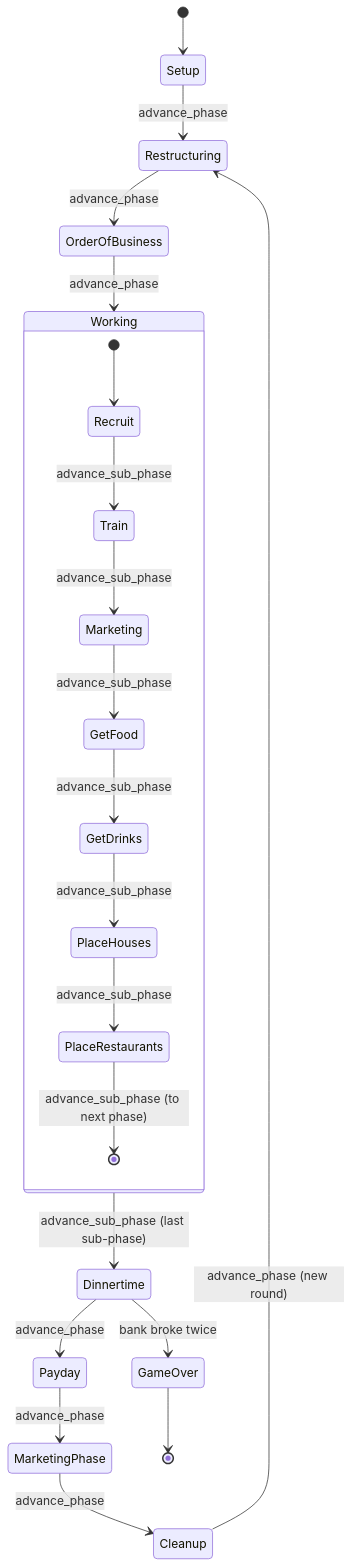
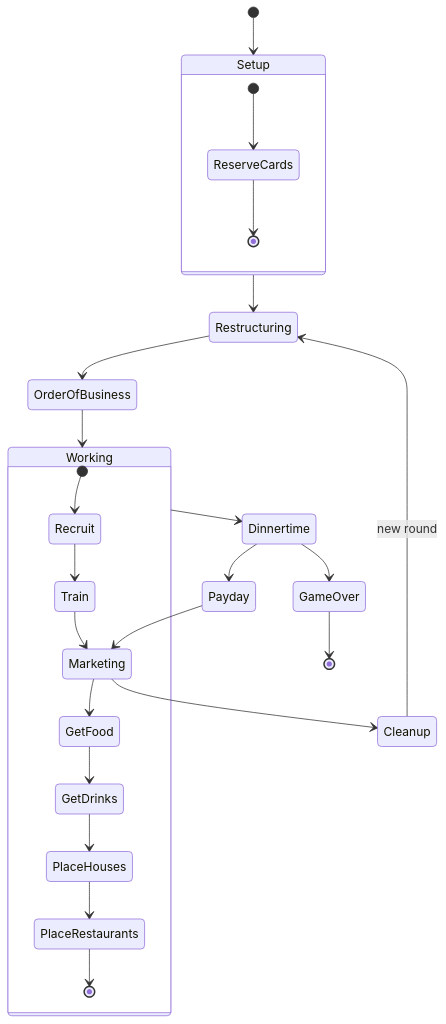
One commit to ygowill/food_chain_magnate changed the second of 2 diagrams in docs/architecture/00-system-overview.md. Above: the diagram before and after it, drawn with Mermaid. The commit also changed other lines of this file and 25 other files, not shown here.

Commit message:
docs(architecture): refresh docs to match current code

````diff
--- a/docs/architecture/00-system-overview.md
+++ b/docs/architecture/00-system-overview.md
@@ -215,27 +92,30 @@
 ```mermaid
 stateDiagram-v2
   [*] --> Setup
-  Setup --> Restructuring : advance_phase
-  Restructuring --> OrderOfBusiness : advance_phase
+  state Setup {
+    [*] --> ReserveCards
+    ReserveCards --> [*]
+  }
+  Setup --> Restructuring
+  Restructuring --> OrderOfBusiness
 
   state Working {
     [*] --> Recruit
-    Recruit --> Train : advance_sub_phase
-    Train --> Marketing : advance_sub_phase
-    Marketing --> GetFood : advance_sub_phase
-    GetFood --> GetDrinks : advance_sub_phase
-    GetDrinks --> PlaceHouses : advance_sub_phase
-    PlaceHouses --> PlaceRestaurants : advance_sub_phase
-    PlaceRestaurants --> [*] : advance_sub_phase (to next phase)
+    Recruit --> Train
+    Train --> Marketing
+    Marketing --> GetFood
+    GetFood --> GetDrinks
+    GetDrinks --> PlaceHouses
+    PlaceHouses --> PlaceRestaurants
+    PlaceRestaurants --> [*]
   }
 
-  OrderOfBusiness --> Working : advance_phase
-  Working --> Dinnertime : advance_sub_phase (last sub-phase)
-  Dinnertime --> Payday : advance_phase
-  Payday --> MarketingPhase : advance_phase
-  MarketingPhase --> Cleanup : advance_phase
-  Cleanup --> Restructuring : advance_phase (new round)
-
-  Dinnertime --> GameOver : bank broke twice
+  OrderOfBusiness --> Working
+  Working --> Dinnertime
+  Dinnertime --> Payday
+  Payday --> Marketing
+  Marketing --> Cleanup
+  Cleanup --> Restructuring : new round
+  Dinnertime --> GameOver
   GameOver --> [*]
 ```
````
